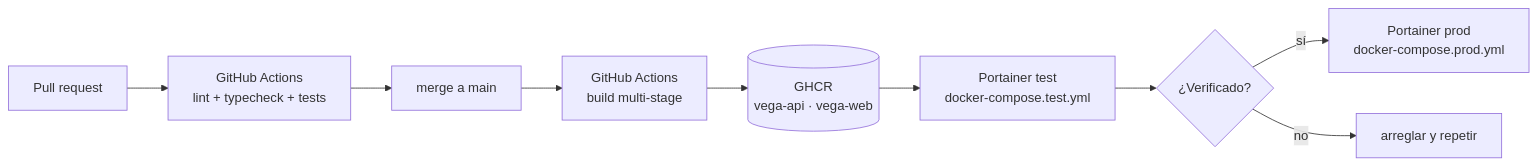
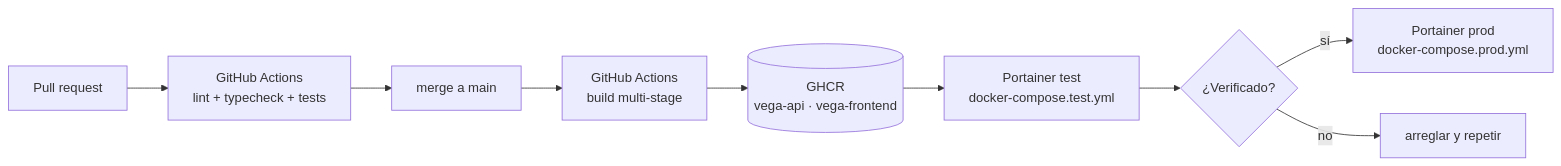
Before and after one commit to jamataran/vega: the diagram in docs/decisiones/0007-dos-entornos-portainer.md, drawn with Mermaid. The commit also changed 19 other files, not shown here.

````diff
--- a/docs/decisiones/0007-dos-entornos-portainer.md
+++ b/docs/decisiones/0007-dos-entornos-portainer.md
@@ -33,11 +33,11 @@
 ```mermaid
 graph LR
   PR[Pull request] --> CI1[GitHub Actions<br/>lint + typecheck + tests]
   CI1 --> M[merge a main]
   M --> CI2[GitHub Actions<br/>build multi-stage]
-  CI2 --> GHCR[(GHCR<br/>vega-api · vega-web)]
+  CI2 --> GHCR[(GHCR<br/>vega-api · vega-frontend)]
   GHCR --> PT[Portainer test<br/>docker-compose.test.yml]
   PT --> V{¿Verificado?}
   V -->|sí| PP[Portainer prod<br/>docker-compose.prod.yml]
   V -->|no| FIX[arreglar y repetir]
 ```
````
